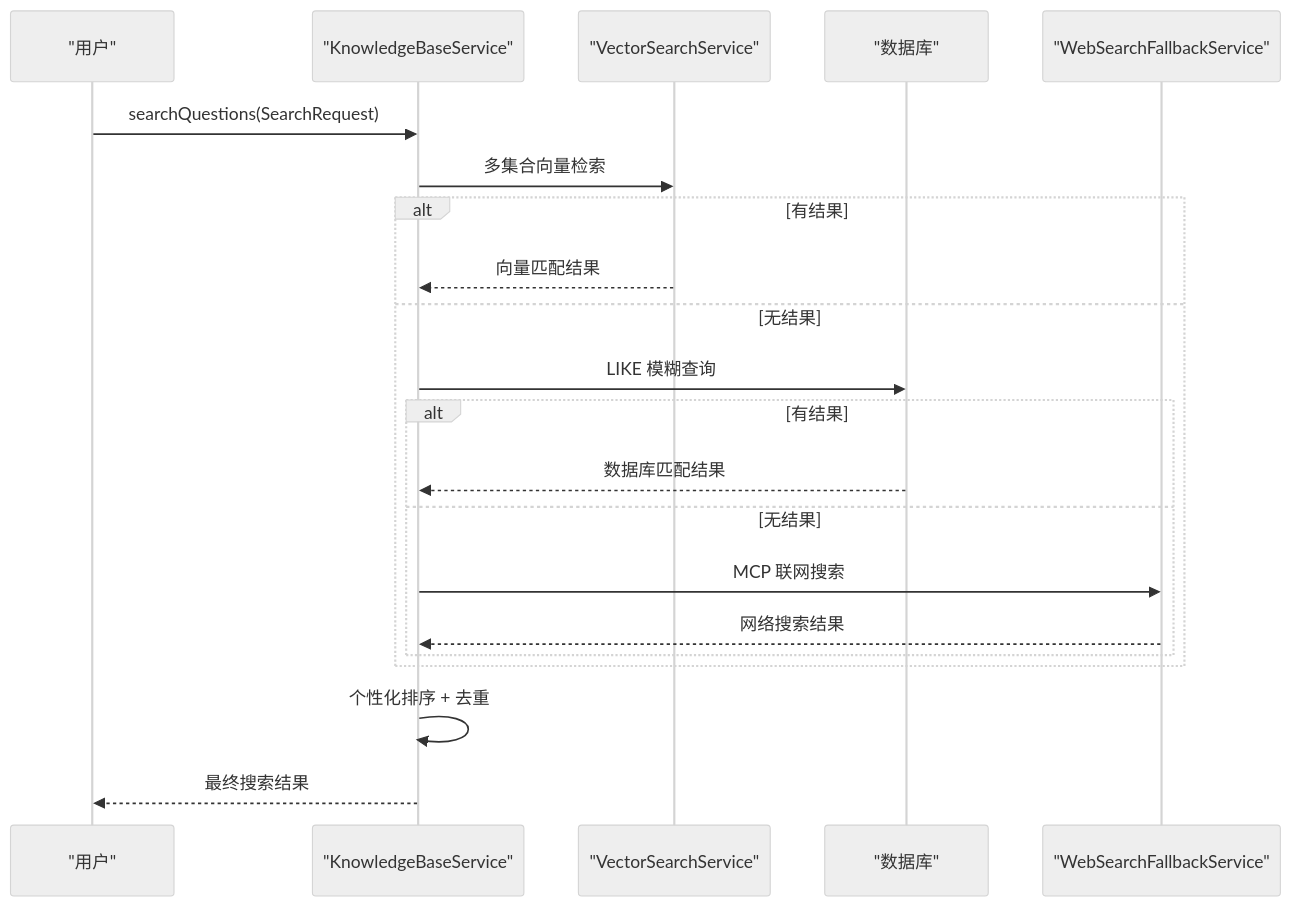
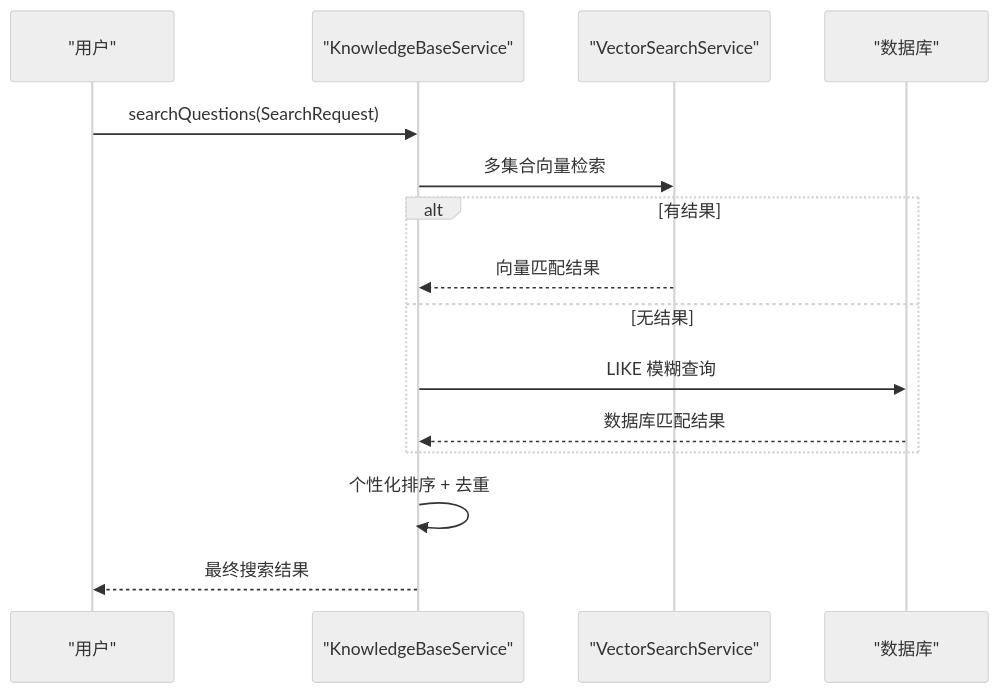
One commit to Miss-zhi/OfferPilot changed the seventh of 8 diagrams in .qoder/repowiki/zh/content/RAG 面试题处理全链路.md. Above: the diagram before and after it, drawn with Mermaid (neutral theme). The commit also changed other lines of this file and 197 other files, not shown here.

````diff
--- a/.qoder/repowiki/zh/content/RAG 面试题处理全链路.md
+++ b/.qoder/repowiki/zh/content/RAG 面试题处理全链路.md
@@ -349,23 +335,17 @@
 ```mermaid
 sequenceDiagram
 participant User as "用户"
 participant KB as "KnowledgeBaseService"
 participant VS as "VectorSearchService"
 participant DB as "数据库"
-participant MCP as "WebSearchFallbackService"
 User->>KB : searchQuestions(SearchRequest)
 KB->>VS : 多集合向量检索
 alt 有结果
 VS-->>KB : 向量匹配结果
 else 无结果
 KB->>DB : LIKE 模糊查询
-alt 有结果
 DB-->>KB : 数据库匹配结果
-else 无结果
-KB->>MCP : MCP 联网搜索
-MCP-->>KB : 网络搜索结果
-end
 end
 KB->>KB : 个性化排序 + 去重
 KB-->>User : 最终搜索结果
 ```
````
